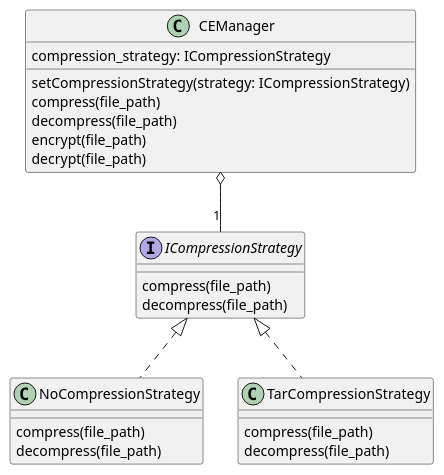
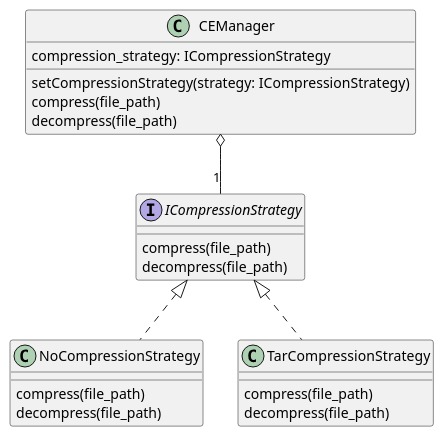
One commit to sudokara/SE_Project_3 changed the diagram in src/phoenix/Compression_Encryption/docs/CompressionStrategy.puml. Above: the diagram before and after it, drawn with PlantUML. The commit also changed 2 other files, not shown here.

```diff
--- a/src/phoenix/Compression_Encryption/docs/CompressionStrategy.puml
+++ b/src/phoenix/Compression_Encryption/docs/CompressionStrategy.puml
@@ -1,29 +1,27 @@
 @startuml "CompressionStrategy"
 
 interface ICompressionStrategy {
     compress(file_path)
     decompress(file_path)
 }
 
 class NoCompressionStrategy implements ICompressionStrategy {
     compress(file_path)
     decompress(file_path)
 }
 
 class TarCompressionStrategy implements ICompressionStrategy {
     compress(file_path)
     decompress(file_path)
 }
 
 class CEManager {
     compression_strategy: ICompressionStrategy
     setCompressionStrategy(strategy: ICompressionStrategy)
     compress(file_path)
     decompress(file_path)
-    encrypt(file_path)
-    decrypt(file_path)
 }
 
 CEManager o-- "1" ICompressionStrategy
 
 @enduml
```
